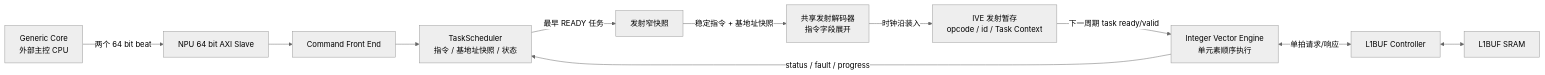
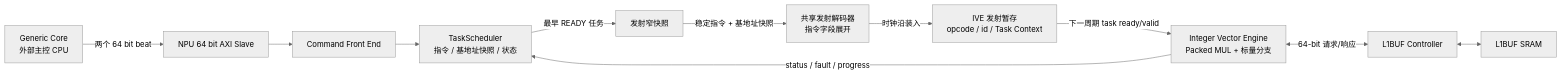
One commit to Little-W/Obsidian changed the tenth of 21 diagrams in NPU/NPU 指令与硬件架构设计 Spec.md. Above: the diagram before and after it, drawn with Mermaid (neutral theme). The commit also changed other lines of this file and 93 other files, not shown here.

````diff
--- a/NPU/NPU 指令与硬件架构设计 Spec.md
+++ b/NPU/NPU 指令与硬件架构设计 Spec.md
@@ -3064,24 +3198,24 @@
 ```mermaid
 flowchart LR
     GC["Generic Core<br/>外部主控 CPU"]
     AXIS["NPU 64 bit AXI Slave"]
     CFE["Command Front End"]
     TS["TaskScheduler<br/>指令 / 基地址快照 / 状态"]
     SNAP["发射窄快照"]
     DEC["共享发射解码器<br/>指令字段展开"]
     STG["IVE 发射暂存<br/>opcode / id / Task Context"]
-    IVE["Integer Vector Engine<br/>单元素顺序执行"]
+    IVE["Integer Vector Engine<br/>Packed MUL + 标量分支"]
     L1C["L1BUF Controller"]
     L1["L1BUF SRAM"]
 
     GC -->|"两个 64 bit beat"| AXIS
     AXIS --> CFE
     CFE --> TS
     TS -->|"最早 READY 任务"| SNAP
     SNAP -->|"稳定指令 + 基地址快照"| DEC
     DEC -->|"时钟沿装入"| STG
     STG -->|"下一周期 task ready/valid"| IVE
-    IVE <-->|"单拍请求/响应"| L1C
+    IVE <-->|"64-bit 请求/响应"| L1C
     L1C <--> L1
     IVE -->|"status / fault / progress"| TS
 ```
````
